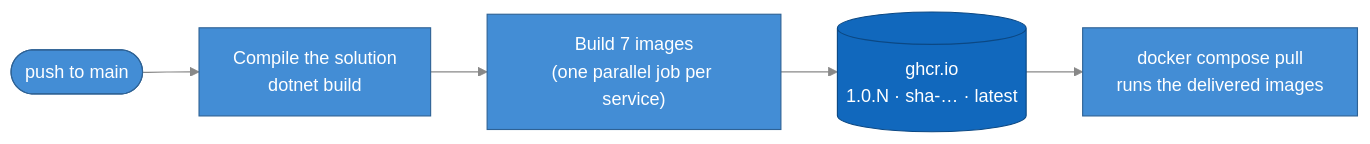
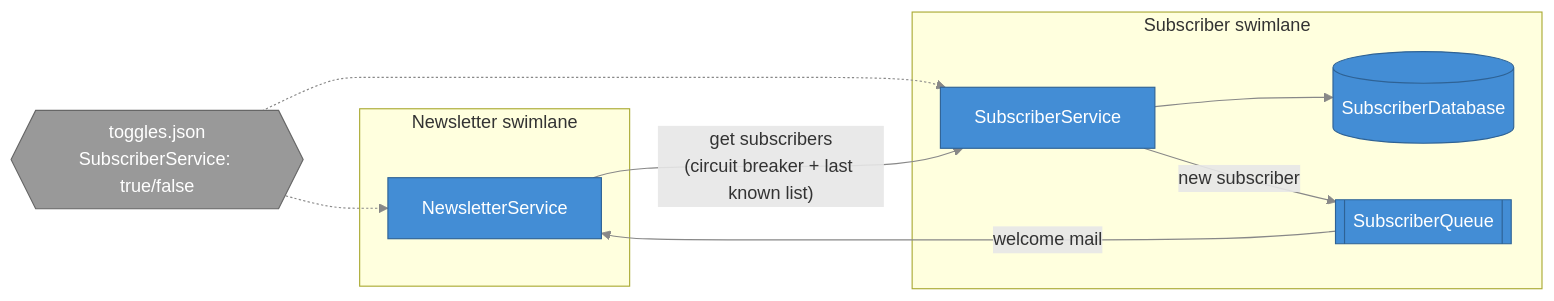
One commit to ChristianVistiLyth/happy-headlines changed the diagram in week-44/README.md. Above: the diagram before and after it, drawn with Mermaid. The commit also changed other lines of this file and 3 other files, not shown here.

Commit message:
docs: week 44 README and C4 diagram with Subscriber and Newsletter swimlanes #7 (#14)

````diff
--- a/week-44/README.md
+++ b/week-44/README.md
@@ -20,12 +18,23 @@
 ```mermaid
 %%{init: {"themeVariables": {"lineColor": "#888"}}}%%
 flowchart LR
-    push(["push to main"]) --> build["Compile the solution<br/>dotnet build"]
-    build --> images["Build 7 images<br/>(one parallel job per service)"]
-    images --> registry[("ghcr.io<br/>1.0.N · sha-… · latest")]
-    registry --> run["docker compose pull<br/>runs the delivered images"]
-    classDef step fill:#438dd5,stroke:#2e6295,color:#fff
-    classDef store fill:#1168bd,stroke:#0b4884,color:#fff
-    class push,build,images,run step
-    class registry store
+    subgraph newsletter [Newsletter swimlane]
+        N["NewsletterService"]
+    end
+    subgraph subscriber [Subscriber swimlane]
+        S["SubscriberService"]
+        DB[("SubscriberDatabase")]
+        Q[["SubscriberQueue"]]
+    end
+    T{{"toggles.json<br/>SubscriberService: true/false"}}
+    S --> DB
+    S -- "new subscriber" --> Q
+    Q -- "welcome mail" --> N
+    N -- "get subscribers<br/>(circuit breaker + last known list)" --> S
+    T -.-> S
+    T -.-> N
+    classDef box fill:#438dd5,stroke:#2e6295,color:#fff
+    classDef toggle fill:#999,stroke:#666,color:#fff
+    class N,S,DB,Q box
+    class T toggle
 ```
````
